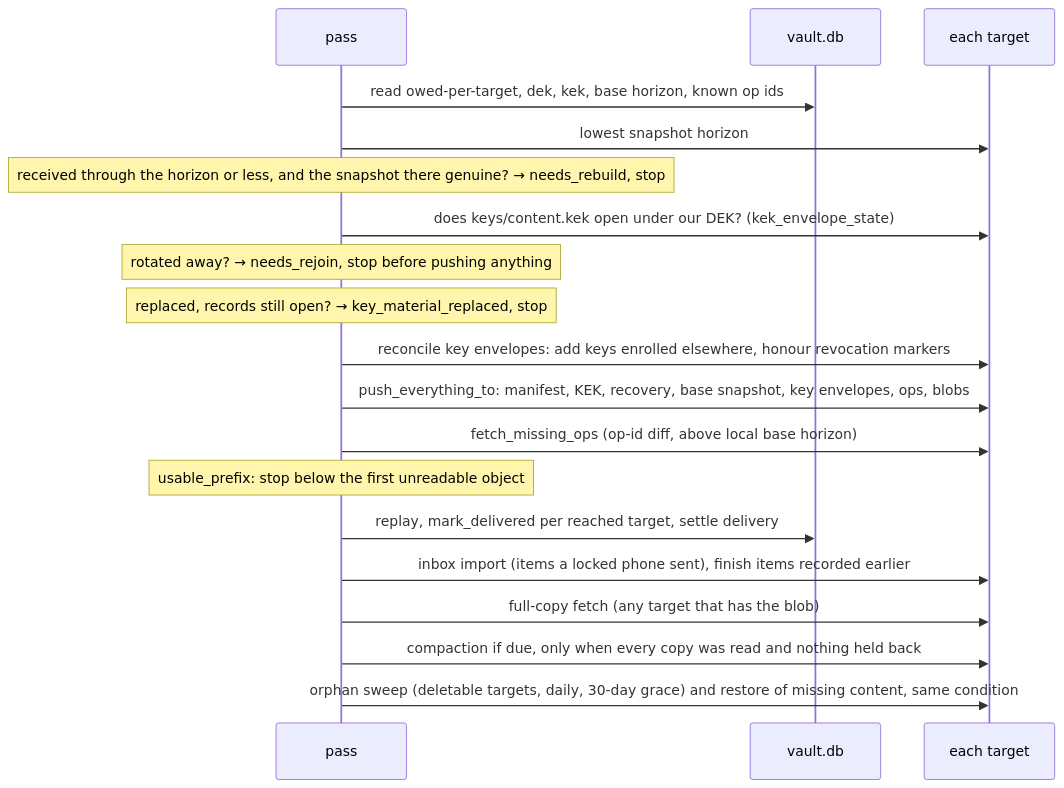
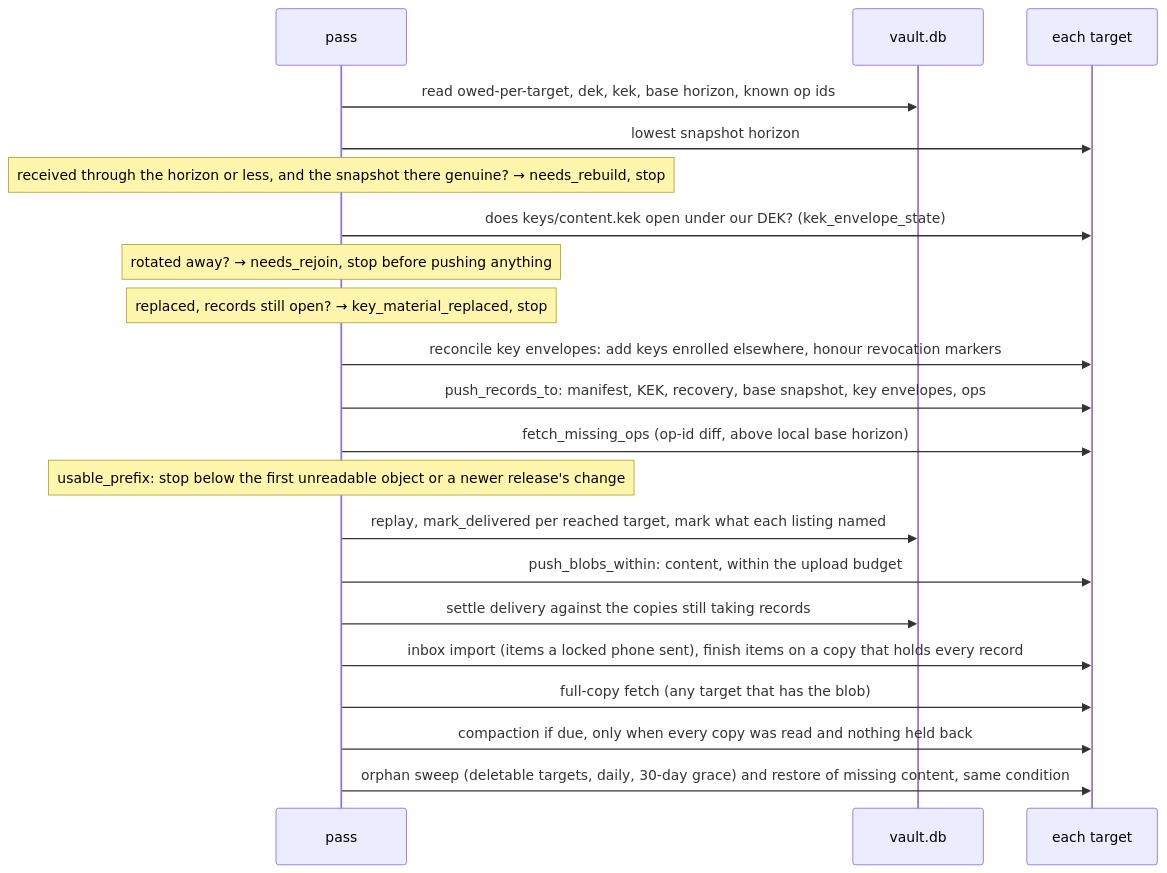
The second of 4 diagrams in docs/ARCHITECTURE.md (silentsilo/desktop), drawn with Mermaid before and after one commit. The commit also changed other lines of this file and 22 other files, not shown here.

````diff
--- a/docs/ARCHITECTURE.md
+++ b/docs/ARCHITECTURE.md
@@ -89,21 +90,23 @@
 ```mermaid
 sequenceDiagram
     participant P as pass
     participant DB as vault.db
     participant T as each target
     P->>DB: read owed-per-target, dek, kek, base horizon, known op ids
     P->>T: lowest snapshot horizon
     Note over P: received through the horizon or less, and the snapshot there genuine? → needs_rebuild, stop
     P->>T: does keys/content.kek open under our DEK? (kek_envelope_state)
     Note over P: rotated away? → needs_rejoin, stop before pushing anything
     Note over P: replaced, records still open? → key_material_replaced, stop
     P->>T: reconcile key envelopes: add keys enrolled elsewhere, honour revocation markers
-    P->>T: push_everything_to: manifest, KEK, recovery, base snapshot, key envelopes, ops, blobs
+    P->>T: push_records_to: manifest, KEK, recovery, base snapshot, key envelopes, ops
     P->>T: fetch_missing_ops (op-id diff, above local base horizon)
-    Note over P: usable_prefix: stop below the first unreadable object
-    P->>DB: replay, mark_delivered per reached target, settle delivery
-    P->>T: inbox import (items a locked phone sent), finish items recorded earlier
+    Note over P: usable_prefix: stop below the first unreadable object or a newer release's change
+    P->>DB: replay, mark_delivered per reached target, mark what each listing named
+    P->>T: push_blobs_within: content, within the upload budget
+    P->>DB: settle delivery against the copies still taking records
+    P->>T: inbox import (items a locked phone sent), finish items on a copy that holds every record
     P->>T: full-copy fetch (any target that has the blob)
     P->>T: compaction if due, only when every copy was read and nothing held back
     P->>T: orphan sweep (deletable targets, daily, 30-day grace) and restore of missing content, same condition
 ```
````
